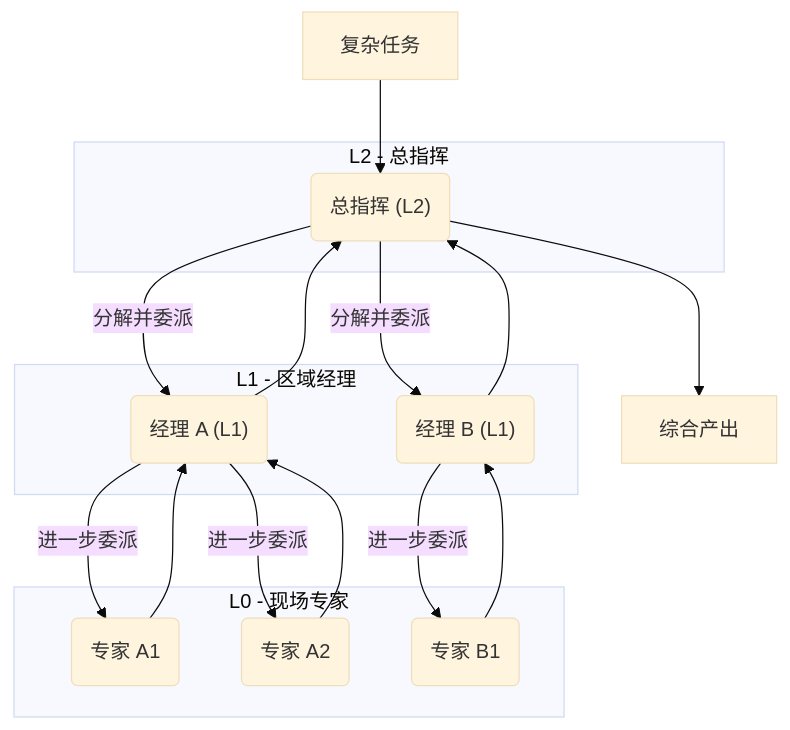
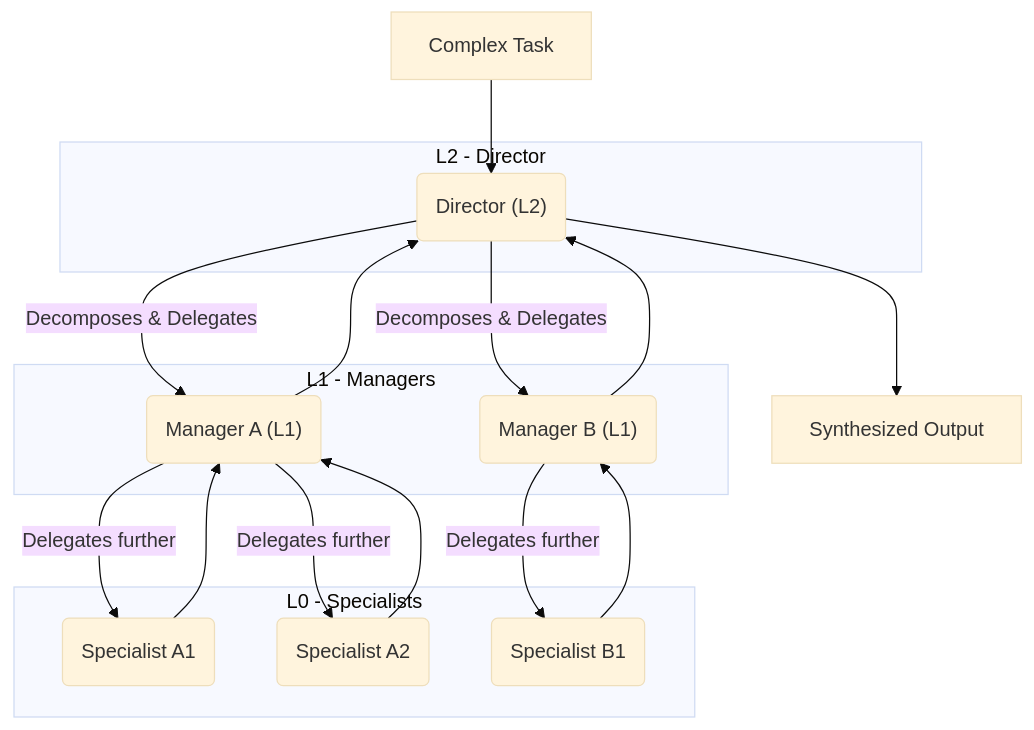
One commit to zhang-xr/hivemind changed the first of 4 diagrams in README.md. Above: the diagram before and after it, drawn with Mermaid (base theme). The commit also changed other lines of this file, not shown here.

````diff
--- a/README.md
+++ b/README.md
@@ -26,35 +26,35 @@
 ```mermaid
 graph TD
-    subgraph L2 - 总指挥
-        Master("总指挥 (L2)")
+    subgraph L2 - Director
+        Master("Director (L2)")
     end
 
-    subgraph L1 - 区域经理
-        Manager_A("经理 A (L1)")
-        Manager_B("经理 B (L1)")
+    subgraph L1 - Managers
+        Manager_A("Manager A (L1)")
+        Manager_B("Manager B (L1)")
     end
 
-    subgraph L0 - 现场专家
-        Worker_A1("专家 A1")
-        Worker_A2("专家 A2")
-        Worker_B1("专家 B1")
+    subgraph L0 - Specialists
+        Worker_A1("Specialist A1")
+        Worker_A2("Specialist A2")
+        Worker_B1("Specialist B1")
     end
 
-    UserInput["复杂任务"] --> Master
+    UserInput["Complex Task"] --> Master
     
-    Master -- "分解并委派" --> Manager_A
-    Master -- "分解并委派" --> Manager_B
+    Master -- "Decomposes & Delegates" --> Manager_A
+    Master -- "Decomposes & Delegates" --> Manager_B
     
-    Manager_A -- "进一步委派" --> Worker_A1
-    Manager_A -- "进一步委派" --> Worker_A2
-    Manager_B -- "进一步委派" --> Worker_B1
+    Manager_A -- "Delegates further" --> Worker_A1
+    Manager_A -- "Delegates further" --> Worker_A2
+    Manager_B -- "Delegates further" --> Worker_B1
 
     Worker_A1 --> Manager_A
     Worker_A2 --> Manager_A
     Worker_B1 --> Manager_B
 
     Manager_A --> Master
     Manager_B --> Master
-
-    Master --> FinalOutput["综合产出"]
+    
+    Master --> FinalOutput["Synthesized Output"]
 ```
````
